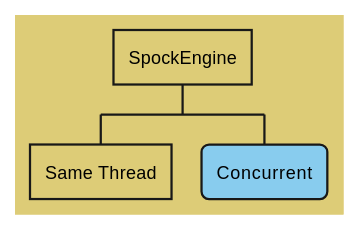
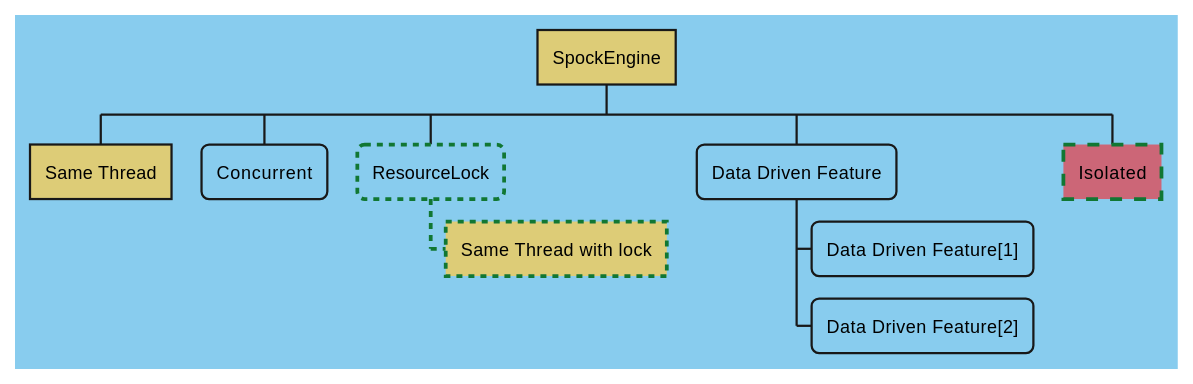
One commit to spockframework/spock changed the first of 15 diagrams in docs/parallel_execution.adoc. Above: the diagram before and after it, drawn with PlantUML. The commit also changed other lines of this file, not shown here.

```diff
--- a/docs/parallel_execution.adoc
+++ b/docs/parallel_execution.adoc
@@ -92,19 +95,53 @@
 [plantuml,images/wbs-legend,svg]
 ....
 @startwbs
 <style>
 wbsDiagram {
-  BackgroundColor #DDCC77
+
+  BackgroundColor #88CCEE
+  RoundCorner 10
+
+  node {
+    :depth(0) {
+      BackgroundColor #DDCC77
+      RoundCorner 0
+    }
+  }
 
   .concurrent * {
       BackgroundColor #88CCEE
       RoundCorner 10
   }
+
+  .samethread * {
+      BackgroundColor #DDCC77
+      RoundCorner 0
+  }
+
+  .write_lock * {
+      LineStyle 4
+      LineThickness 2.5
+      LineColor #117733
+  }
+
+  .isolated * {
+      BackgroundColor #CC6677
+      RoundCorner 0
+      LineStyle 8
+      LineThickness 2.5
+      LineColor #117733
+  }
 }
 </style>
 skinparam shadowing false
 * SpockEngine
-** Same Thread
+** Same Thread <<samethread>>
 ** Concurrent <<concurrent>>
+** ResourceLock <<write_lock>>
+*** Same Thread with lock <<samethread>>
+** Data Driven Feature
+*** Data Driven Feature[1]
+*** Data Driven Feature[2]
+** Isolated <<isolated>>
 @endwbs
 ....
```
